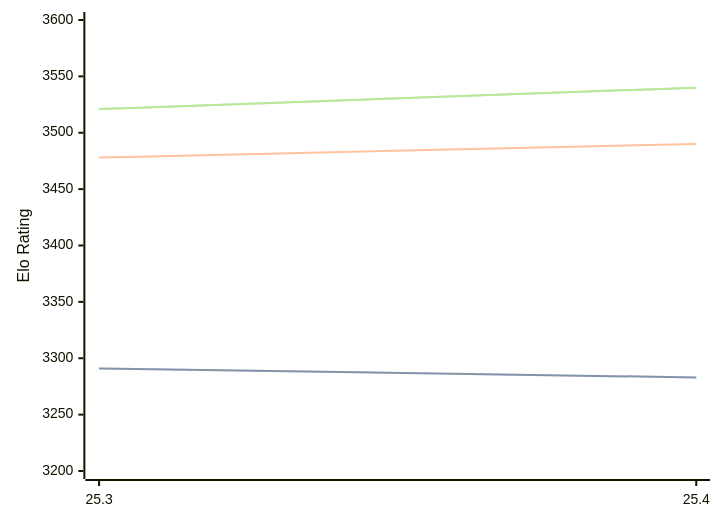
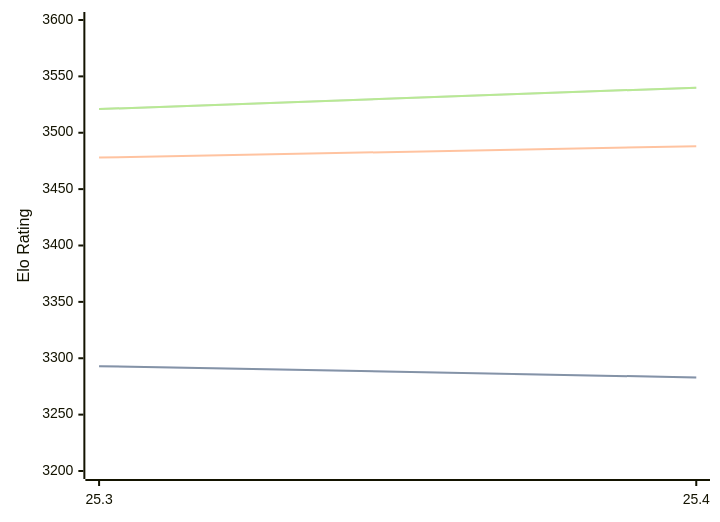
The diagram in engines/Arasan.md (computer-chess-index/cci), drawn with Mermaid before and after one commit. The commit also changed other lines of this file, not shown here.

````diff
--- a/engines/Arasan.md
+++ b/engines/Arasan.md
@@ -33,11 +33,11 @@
 ```mermaid
 %%{init: {"theme":"base","themeVariables":{"seriesColors:['#a3a3a3','#222221','#faa371']}}}%%
 xychart-beta
   x-axis ["25.3", "25.4"]
   y-axis "Elo Rating" 3200 --> 3600
-  line "STC (8.0+0.08s)" [3291, 3283]
-  line "STC (8.0+0.08s)" [3291, 3283]
-  line "LTC (60.0+0.60s)" [3478, 3490]
+  line "STC (8.0+0.08s)" [3293, 3283]
+  line "STC (8.0+0.08s)" [3293, 3283]
+  line "LTC (60.0+0.60s)" [3478, 3488]
   line "VLTC (2m24s+1.12s)" [3521, 3540]
   line "VLTC (2m24s+1.12s)" [3521, 3540]
 ```
````
